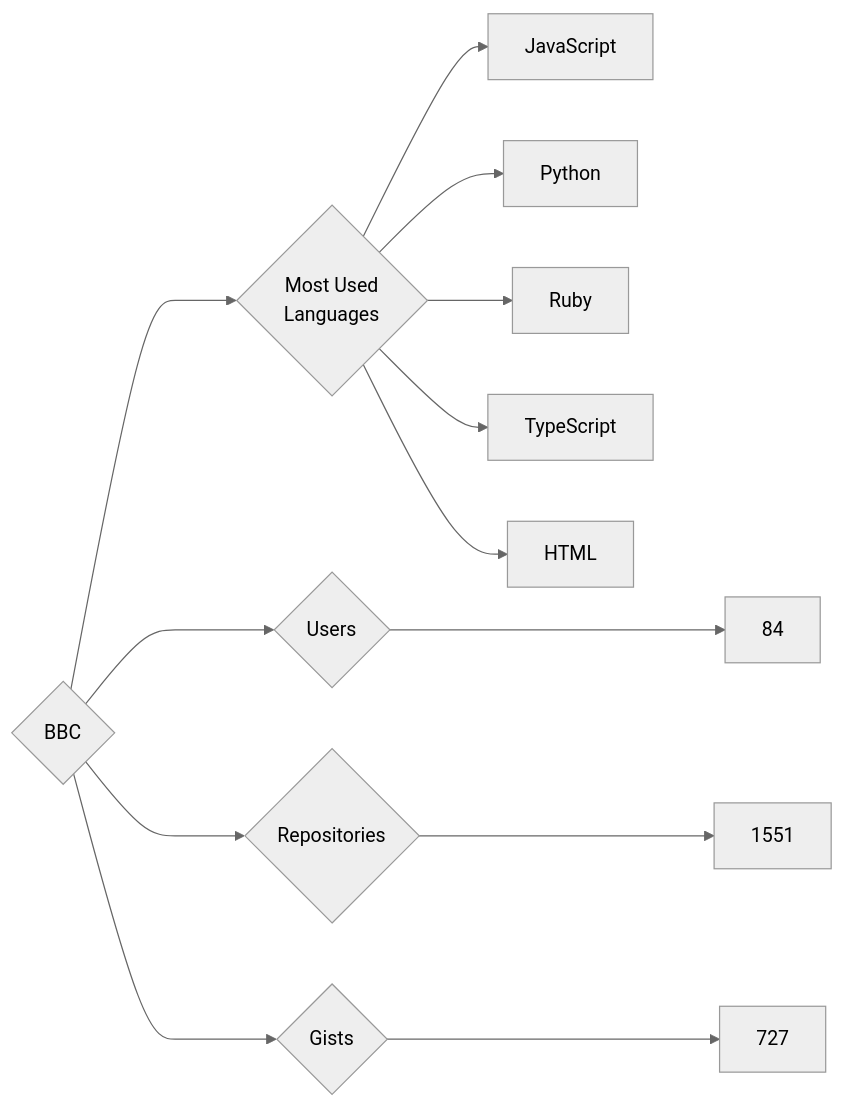
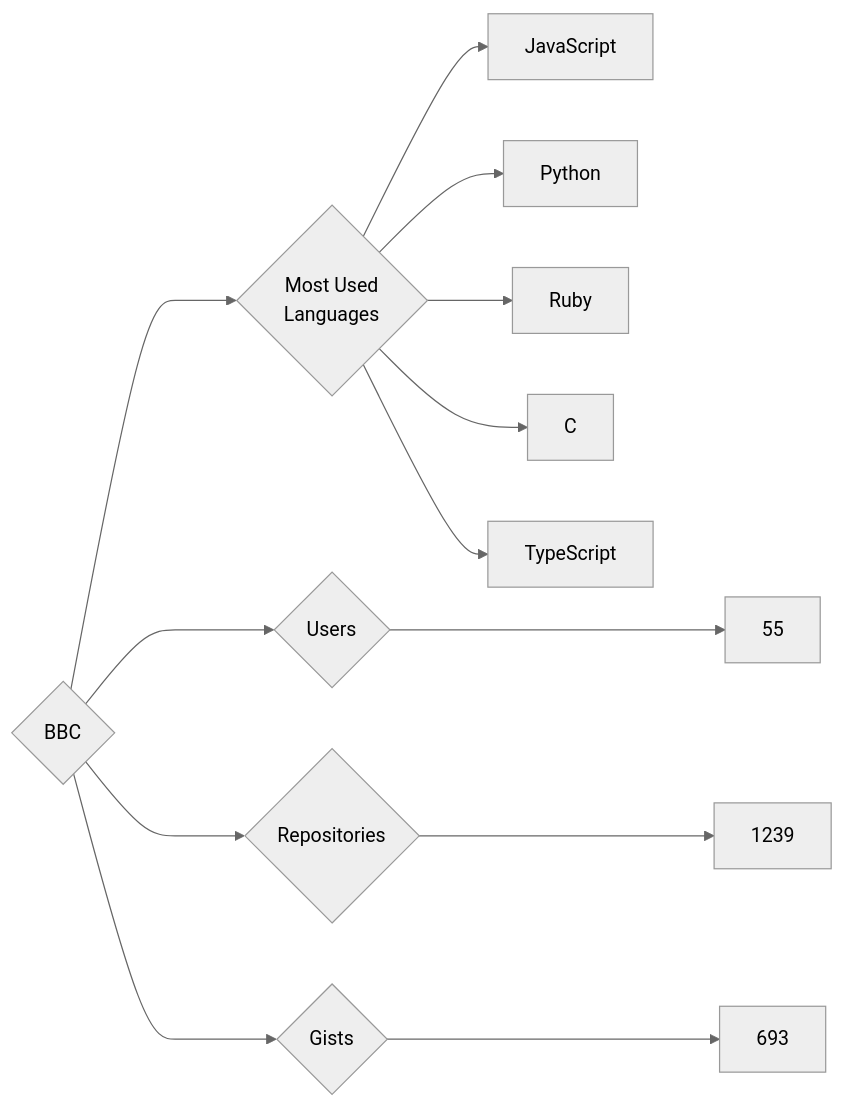
Before and after one commit to trickest/insiders: the diagram in targets/BBC/README.md, drawn with Mermaid (neutral theme). The commit also changed 622 other files, not shown here.

````diff
--- a/targets/BBC/README.md
+++ b/targets/BBC/README.md
@@ -3,13 +3,13 @@
 ```mermaid
 graph LR
 COMPANY_NAME{BBC}
-COMPANY_NAME ---> U{Users} ---> UN[84]
-COMPANY_NAME ---> R{Repositories} ---> RN[1551]
-COMPANY_NAME ---> G{Gists} ---> GN[727]
+COMPANY_NAME ---> U{Users} ---> UN[55]
+COMPANY_NAME ---> R{Repositories} ---> RN[1239]
+COMPANY_NAME ---> G{Gists} ---> GN[693]
 COMPANY_NAME ---> ML{Most Used<br>Languages}
 ML --> JavaScript[JavaScript]
 ML --> Python[Python]
 ML --> Ruby[Ruby]
+ML --> C[C]
 ML --> TypeScript[TypeScript]
-ML --> HTML[HTML]
 ```
````
